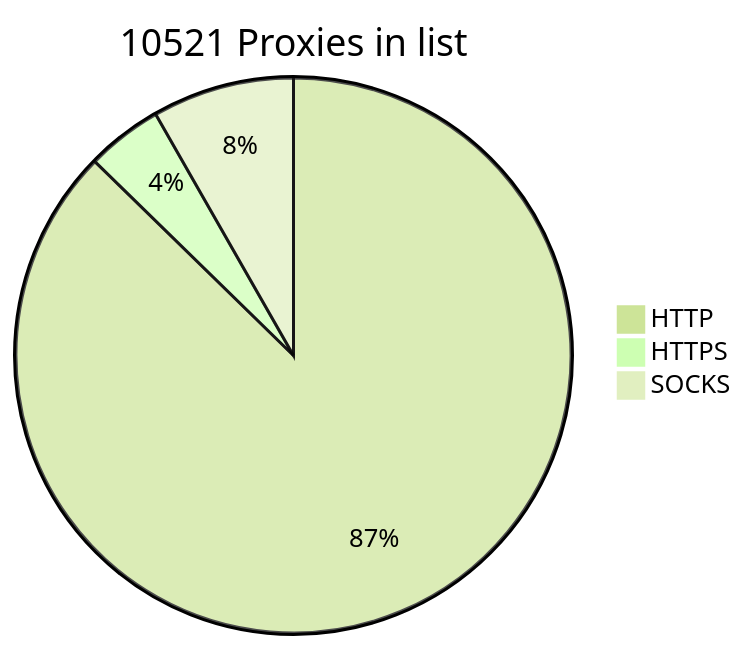
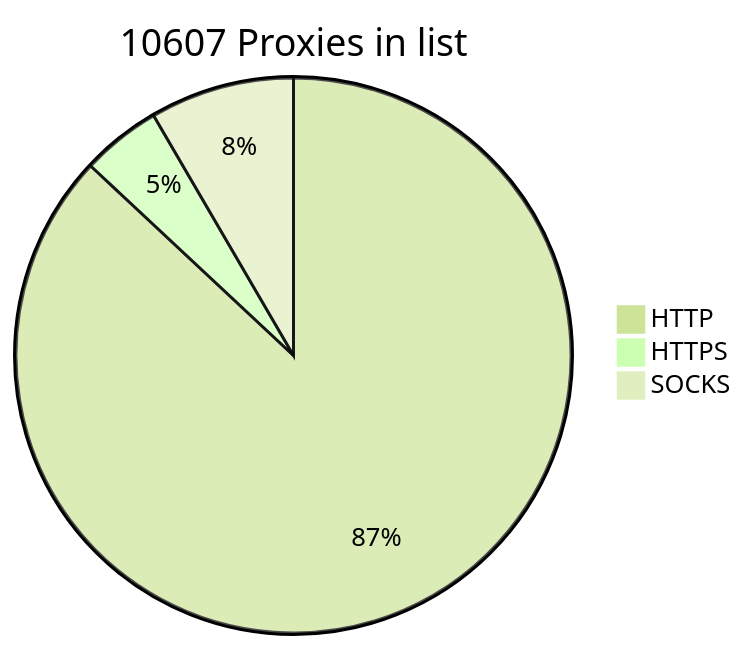
The diagram in README.md (BlackSnowDot/proxylist-update-every-minute), drawn with Mermaid (forest theme) before and after one commit. The commit also changed other lines of this file, not shown here.

````diff
--- a/README.md
+++ b/README.md
@@ -2,6 +2,6 @@
 ```mermaid
-pie title 10521 Proxies in list
-    "HTTP" : 9186
-    "HTTPS": 466
-    "SOCKS" : 869
+pie title 10607 Proxies in list
+    "HTTP" : 9224
+    "HTTPS": 492
+    "SOCKS" : 891
 ```
````
